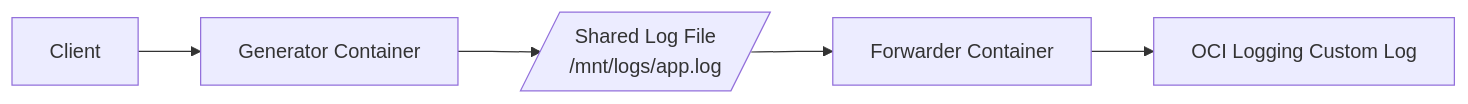
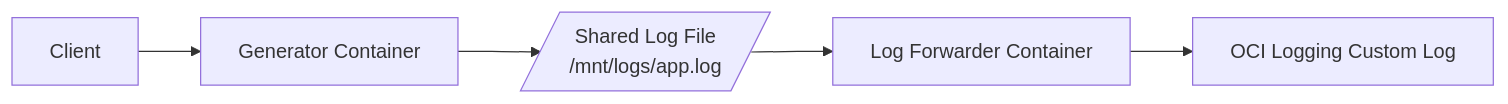
One commit to Harshit-Patel-1993/oci_container_instance_examples changed the first of 10 diagrams in oci-logging-sidecar/blog/architecture-walkthrough.md. Above: the diagram before and after it, drawn with Mermaid. The commit also changed other lines of this file and 18 other files, not shown here.

````diff
--- a/oci-logging-sidecar/blog/architecture-walkthrough.md
+++ b/oci-logging-sidecar/blog/architecture-walkthrough.md
@@ -56,7 +59,7 @@
 ```mermaid
 flowchart LR
     C[Client] --> G[Generator Container]
     G --> F1[/Shared Log File<br>/mnt/logs/app.log/]
-    F1 --> FW[Forwarder Container]
+    F1 --> FW[Log Forwarder Container]
     FW --> L[OCI Logging Custom Log]
 ```
````
